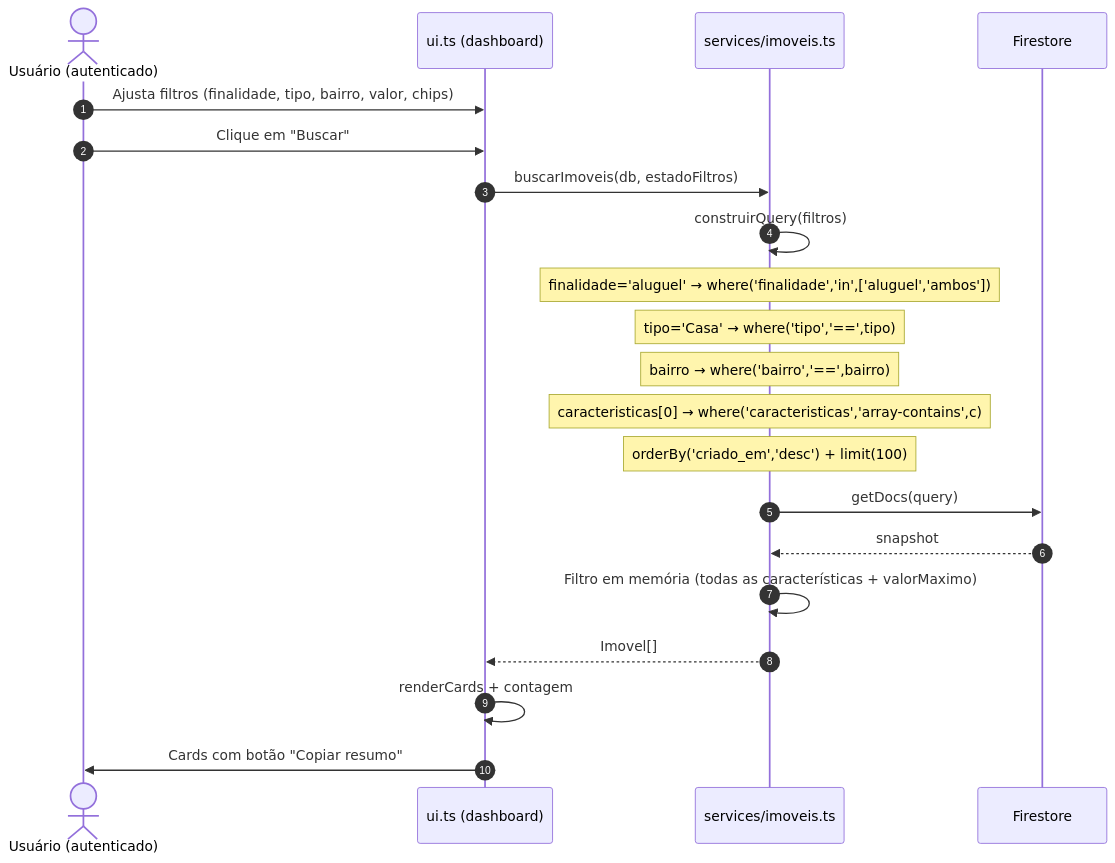
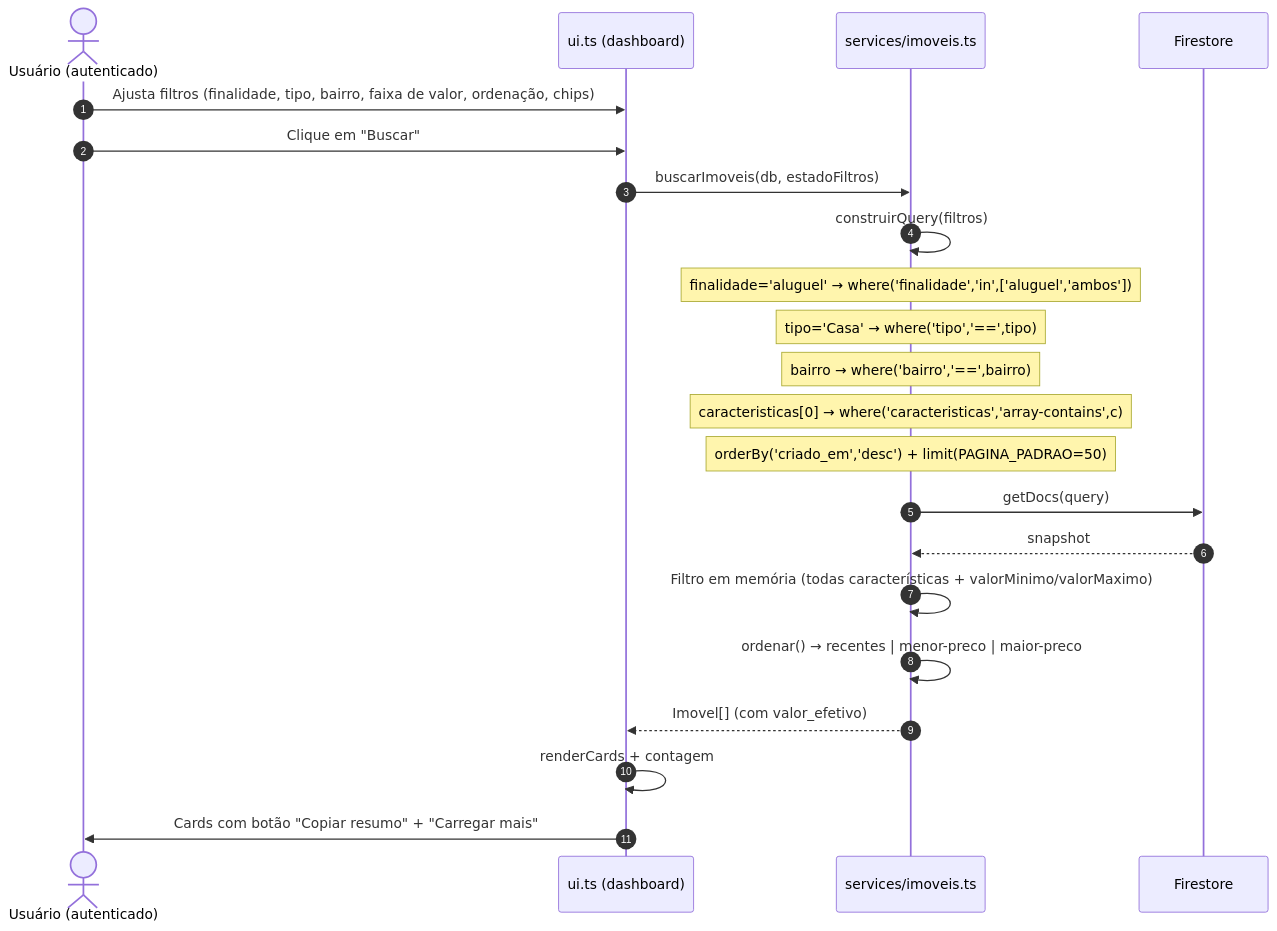
One commit to renato0503/ImobIA changed the first of 2 diagrams in docs/diagrams/02-busca-workflow.md. Above: the diagram before and after it, drawn with Mermaid. The commit also changed other lines of this file and 15 other files, not shown here.

Commit message:
feat: faixa de valor/ordenação/paginação/bairros + leads/SEO/analytics + docs sprints 6-10

````diff
--- a/docs/diagrams/02-busca-workflow.md
+++ b/docs/diagrams/02-busca-workflow.md
@@ -8,25 +8,26 @@
 ```mermaid
 sequenceDiagram
   autonumber
   actor U as Usuário (autenticado)
   participant UI as ui.ts (dashboard)
   participant S as services/imoveis.ts
   participant F as Firestore
 
-  U->>UI: Ajusta filtros (finalidade, tipo, bairro, valor, chips)
+  U->>UI: Ajusta filtros (finalidade, tipo, bairro, faixa de valor, ordenação, chips)
   U->>UI: Clique em "Buscar"
   UI->>S: buscarImoveis(db, estadoFiltros)
   S->>S: construirQuery(filtros)
   %% Condições montadas dinamicamente
   Note over S: finalidade='aluguel' → where('finalidade','in',['aluguel','ambos'])
   Note over S: tipo='Casa' → where('tipo','==',tipo)
   Note over S: bairro → where('bairro','==',bairro)
   Note over S: caracteristicas[0] → where('caracteristicas','array-contains',c)
-  Note over S: orderBy('criado_em','desc') + limit(100)
+  Note over S: orderBy('criado_em','desc') + limit(PAGINA_PADRAO=50)
   S->>F: getDocs(query)
   F-->>S: snapshot
-  S->>S: Filtro em memória (todas as características + valorMaximo)
-  S-->>UI: Imovel[]
+  S->>S: Filtro em memória (todas características + valorMinimo/valorMaximo)
+  S->>S: ordenar() → recentes | menor-preco | maior-preco
+  S-->>UI: Imovel[] (com valor_efetivo)
   UI->>UI: renderCards + contagem
-  UI->>U: Cards com botão "Copiar resumo"
+  UI->>U: Cards com botão "Copiar resumo" + "Carregar mais"
 ```
````
